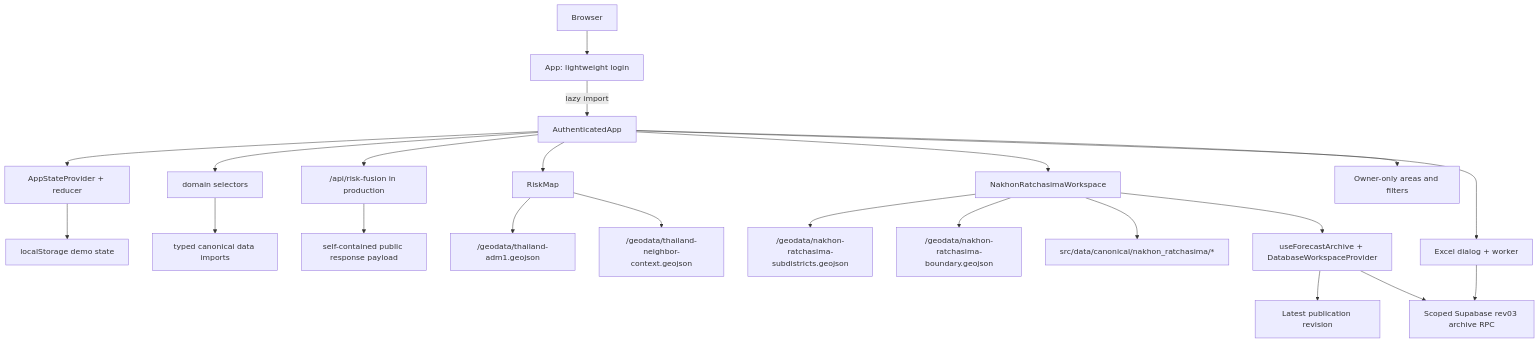
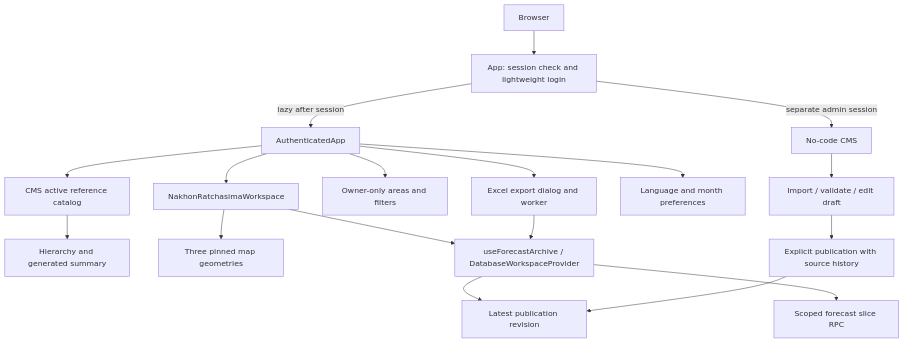
Before and after one commit to purichw/korattanphai: the diagram in docs/ARCHITECTURE.md, drawn with Mermaid. The commit also changed other lines of this file and 115 other files, not shown here.

Commit message:
Remove retired demo datasets and retain verified rev03 product data

````diff
--- a/docs/ARCHITECTURE.md
+++ b/docs/ARCHITECTURE.md
@@ -56,24 +35,20 @@
 ```mermaid
 flowchart TD
-  Browser["Browser"] --> Login["App: lightweight login"]
-  Login -->|lazy import| App["AuthenticatedApp"]
-  App --> Store["AppStateProvider + reducer"]
-  Store --> Local["localStorage demo state"]
-  App --> Domain["domain selectors"]
-  App --> FusionApi["/api/risk-fusion in production"]
-  Domain --> Catalog["typed canonical data imports"]
-  FusionApi --> FusionPayload["self-contained public response payload"]
-  App --> Map["RiskMap"]
-  Map --> Geo["/geodata/thailand-adm1.geojson"]
-  Map --> NeighborGeo["/geodata/thailand-neighbor-context.geojson"]
-  App --> NR["NakhonRatchasimaWorkspace"]
-  NR --> NRGeo["/geodata/nakhon-ratchasima-subdistricts.geojson"]
-  NR --> NRBoundary["/geodata/nakhon-ratchasima-boundary.geojson"]
-  NR --> NRData["src/data/canonical/nakhon_ratchasima/*"]
-  NR --> Loader["useForecastArchive + DatabaseWorkspaceProvider"]
+  Browser["Browser"] --> App["App: session check and lightweight login"]
+  App -->|lazy after session| Shell["AuthenticatedApp"]
+  Shell --> Refs["CMS active reference catalog"]
+  Refs --> Startup["Hierarchy and generated summary"]
+  Shell --> Workspace["NakhonRatchasimaWorkspace"]
+  Workspace --> Maps["Three pinned map geometries"]
+  Workspace --> Loader["useForecastArchive / DatabaseWorkspaceProvider"]
   Loader --> Revision["Latest publication revision"]
-  Loader --> Archive["Scoped Supabase rev03 archive RPC"]
-  App --> Saved["Owner-only areas and filters"]
-  App --> Excel["Excel dialog + worker"]
-  Excel --> Archive
+  Loader --> Slice["Scoped forecast slice RPC"]
+  Shell --> Saved["Owner-only areas and filters"]
+  Shell --> Excel["Excel export dialog and worker"]
+  Excel --> Loader
+  Shell --> Preferences["Language and month preferences"]
+  App -->|separate admin session| Admin["No-code CMS"]
+  Admin --> Draft["Import / validate / edit draft"]
+  Draft --> Publish["Explicit publication with source history"]
+  Publish --> Revision
 ```
````
